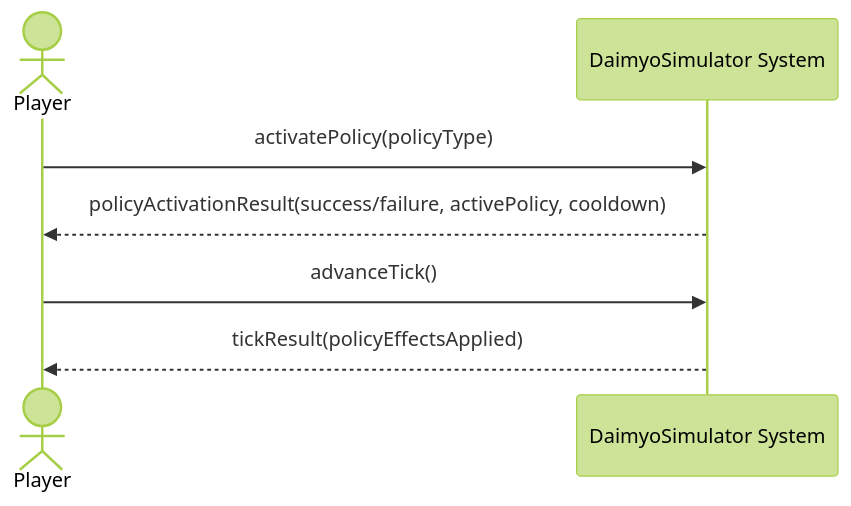
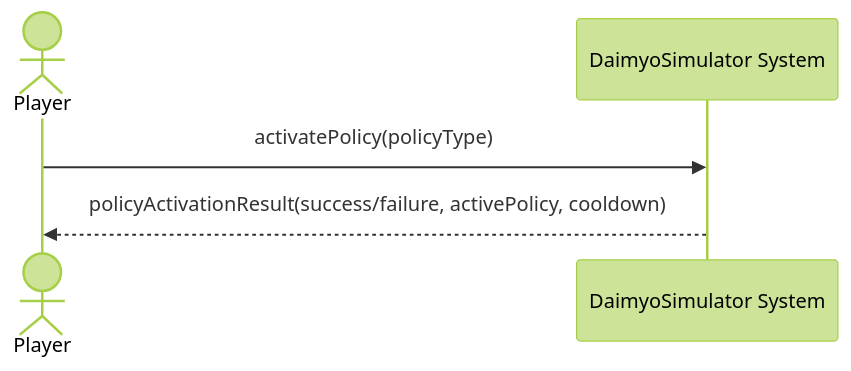
Before and after one commit to edope704/DaimyoSimulator: the fifth of 14 diagrams in docs/DesignDocument.md, drawn with Mermaid (forest theme). The commit also changed other lines of this file, not shown here.

````diff
--- a/docs/DesignDocument.md
+++ b/docs/DesignDocument.md
@@ -234,10 +167,7 @@
 ```mermaid
 sequenceDiagram
     actor Player
     participant System as DaimyoSimulator System
-
     Player->>System: activatePolicy(policyType)
     System-->>Player: policyActivationResult(success/failure, activePolicy, cooldown)
-    Player->>System: advanceTick()
-    System-->>Player: tickResult(policyEffectsApplied)
 ```
````
